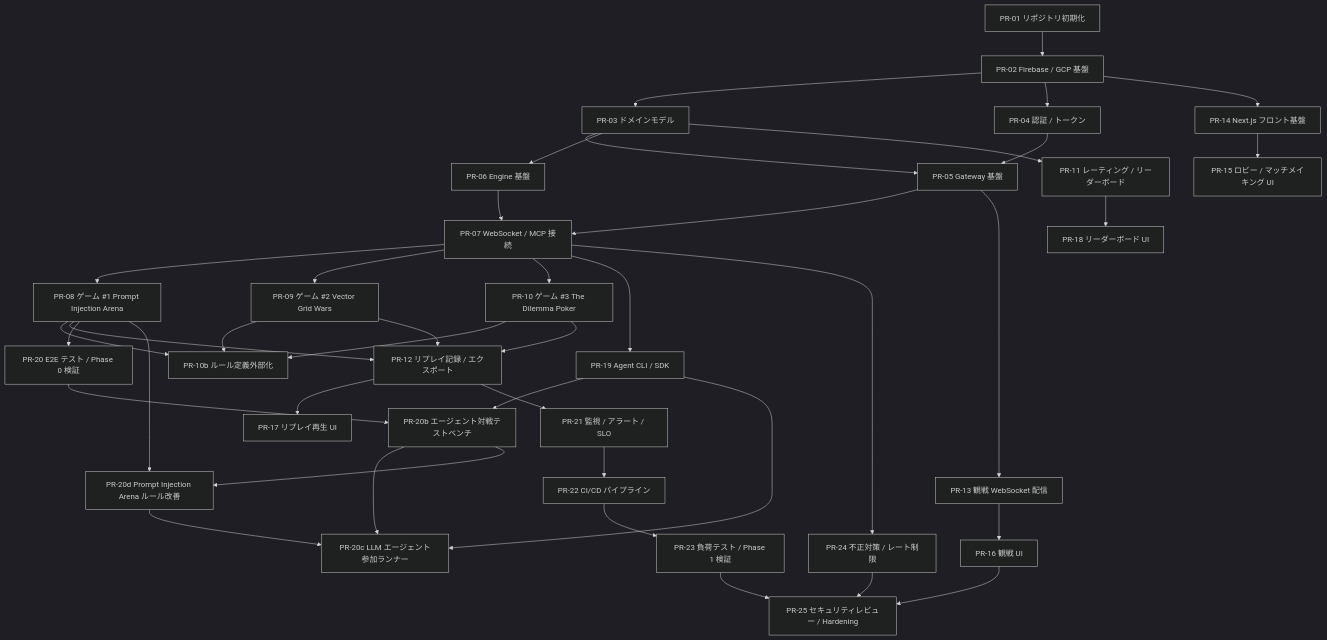
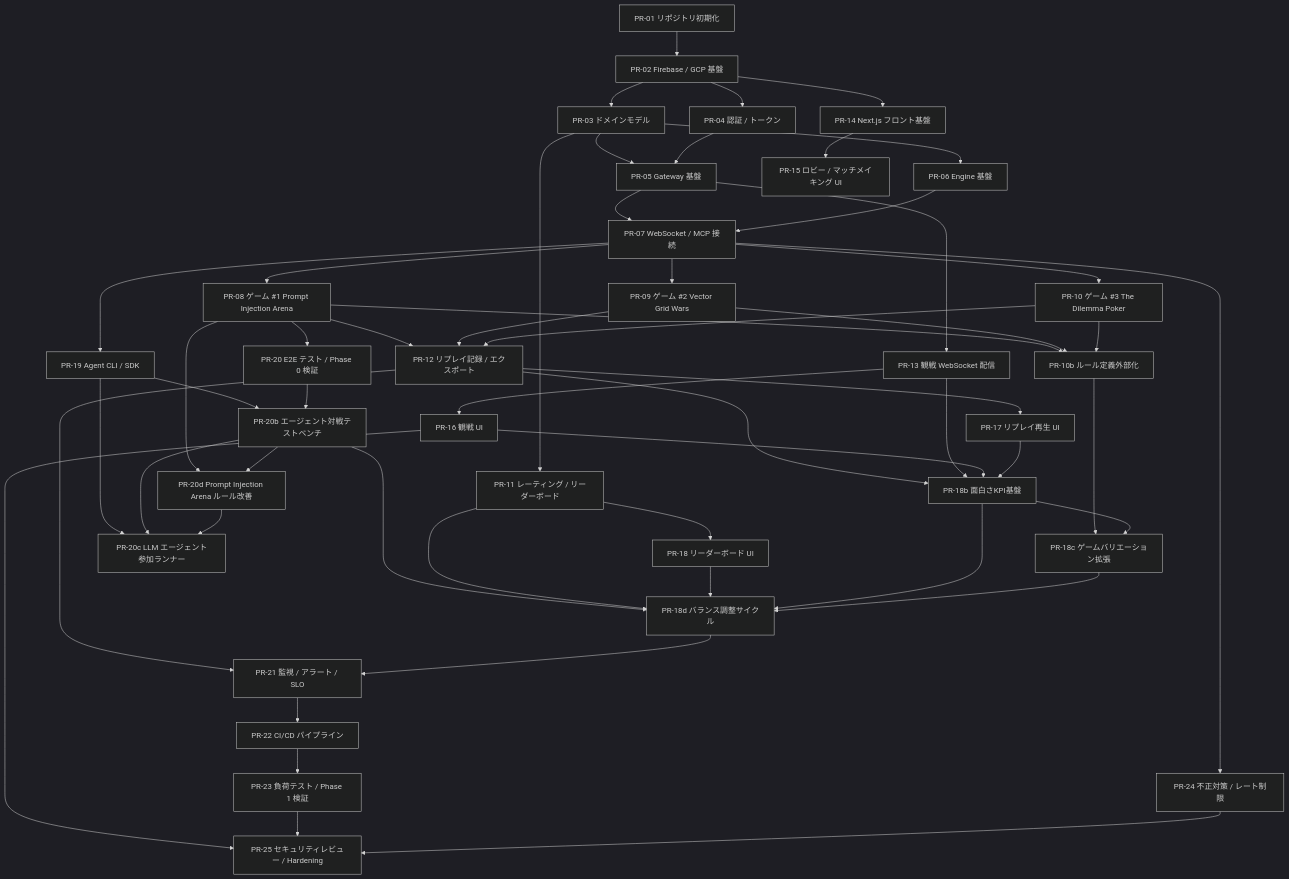
One commit to takurot/moltgames changed the diagram in docs/PLAN.md. Above: the diagram before and after it, drawn with Mermaid (dark theme). The commit also changed other lines of this file and 2 other files, not shown here.

Commit message:
docs(plan,spec): add gameplay polish roadmap and fun KPI framework

````diff
--- a/docs/PLAN.md
+++ b/docs/PLAN.md
@@ -17,43 +17,55 @@
 ```mermaid
 graph TD
     PR01[PR-01 リポジトリ初期化] --> PR02[PR-02 Firebase / GCP 基盤]
     PR02 --> PR03[PR-03 ドメインモデル]
     PR02 --> PR04[PR-04 認証 / トークン]
     PR03 --> PR05[PR-05 Gateway 基盤]
     PR04 --> PR05
     PR03 --> PR06[PR-06 Engine 基盤]
     PR05 --> PR07[PR-07 WebSocket / MCP 接続]
     PR06 --> PR07
     PR07 --> PR08[PR-08 ゲーム #1 Prompt Injection Arena]
     PR07 --> PR09[PR-09 ゲーム #2 Vector Grid Wars]
     PR07 --> PR10[PR-10 ゲーム #3 The Dilemma Poker]
     PR08 --> PR10B[PR-10b ルール定義外部化]
     PR09 --> PR10B
     PR10 --> PR10B
     PR03 --> PR11[PR-11 レーティング / リーダーボード]
     PR08 --> PR12[PR-12 リプレイ記録 / エクスポート]
     PR09 --> PR12
     PR10 --> PR12
     PR05 --> PR13[PR-13 観戦 WebSocket 配信]
     PR02 --> PR14[PR-14 Next.js フロント基盤]
     PR14 --> PR15[PR-15 ロビー / マッチメイキング UI]
     PR13 --> PR16[PR-16 観戦 UI]
     PR12 --> PR17[PR-17 リプレイ再生 UI]
     PR11 --> PR18[PR-18 リーダーボード UI]
+    PR12 --> PR18B[PR-18b 面白さKPI基盤]
+    PR13 --> PR18B
+    PR16 --> PR18B
+    PR17 --> PR18B
+    PR10B --> PR18C[PR-18c ゲームバリエーション拡張]
+    PR18B --> PR18C
+    PR20B --> PR18D[PR-18d バランス調整サイクル]
+    PR11 --> PR18D
+    PR18 --> PR18D
+    PR18B --> PR18D
+    PR18C --> PR18D
     PR07 --> PR19[PR-19 Agent CLI / SDK]
     PR08 --> PR20[PR-20 E2E テスト / Phase 0 検証]
     PR19 --> PR20B[PR-20b エージェント対戦テストベンチ]
     PR20 --> PR20B
     PR19 --> PR20C[PR-20c LLM エージェント参加ランナー]
     PR20B --> PR20C
     PR08 --> PR20D[PR-20d Prompt Injection Arena ルール改善]
     PR20B --> PR20D
     PR20D --> PR20C
     PR12 --> PR21[PR-21 監視 / アラート / SLO]
+    PR18D --> PR21
     PR21 --> PR22[PR-22 CI/CD パイプライン]
     PR22 --> PR23[PR-23 負荷テスト / Phase 1 検証]
     PR07 --> PR24[PR-24 不正対策 / レート制限]
     PR16 --> PR25[PR-25 セキュリティレビュー / Hardening]
     PR23 --> PR25
     PR24 --> PR25
 ```
````
